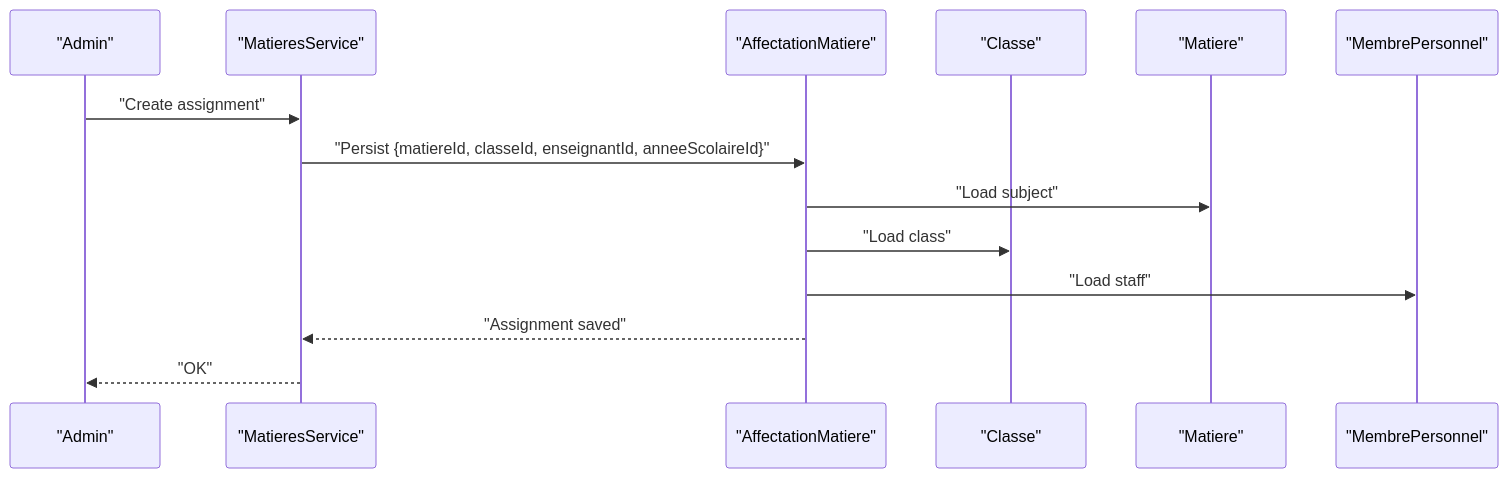
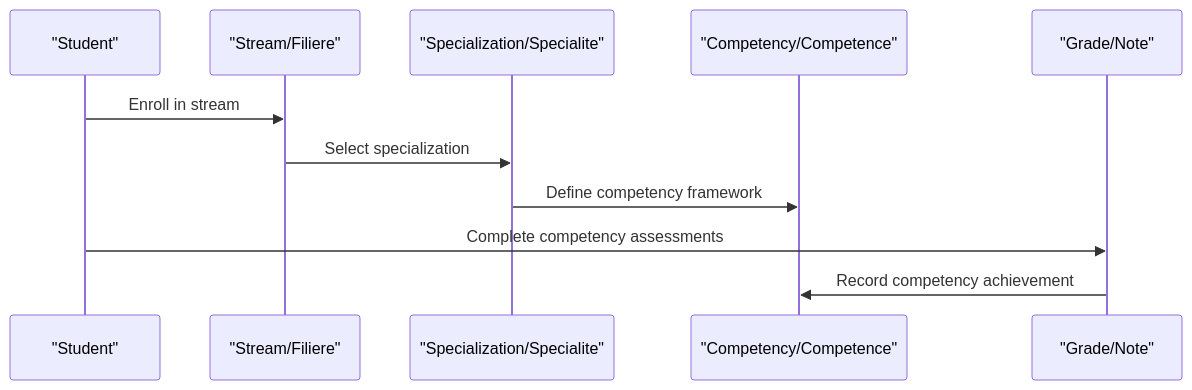
One commit to franckylab/eLISAschool changed the fourth of 6 diagrams in .qoder/repowiki/en/content/Database Schema & Data Model/Academic Entities.md. Above: the diagram before and after it, drawn with Mermaid. The commit also changed other lines of this file and 281 other files, not shown here.

````diff
--- a/.qoder/repowiki/en/content/Database Schema & Data Model/Academic Entities.md
+++ b/.qoder/repowiki/en/content/Database Schema & Data Model/Academic Entities.md
@@ -407,16 +482,13 @@
 ```mermaid
 sequenceDiagram
-participant Admin as "Admin"
-participant Service as "MatieresService"
-participant AM as "AffectationMatiere"
-participant Cl as "Classe"
-participant Ma as "Matiere"
-participant PP as "MembrePersonnel"
-Admin->>Service : "Create assignment"
-Service->>AM : "Persist {matiereId, classeId, enseignantId, anneeScolaireId}"
-AM->>Ma : "Load subject"
-AM->>Cl : "Load class"
-AM->>PP : "Load staff"
-AM-->>Service : "Assignment saved"
-Service-->>Admin : "OK"
+participant Student as "Student"
+participant Stream as "Stream/Filiere"
+participant Speciality as "Specialization/Specialite"
+participant Competency as "Competency/Competence"
+participant Grade as "Grade/Note"
+Student->>Stream : Enroll in stream
+Stream->>Speciality : Select specialization
+Speciality->>Competency : Define competency framework
+Student->>Grade : Complete competency assessments
+Grade->>Competency : Record competency achievement
 ```
````
